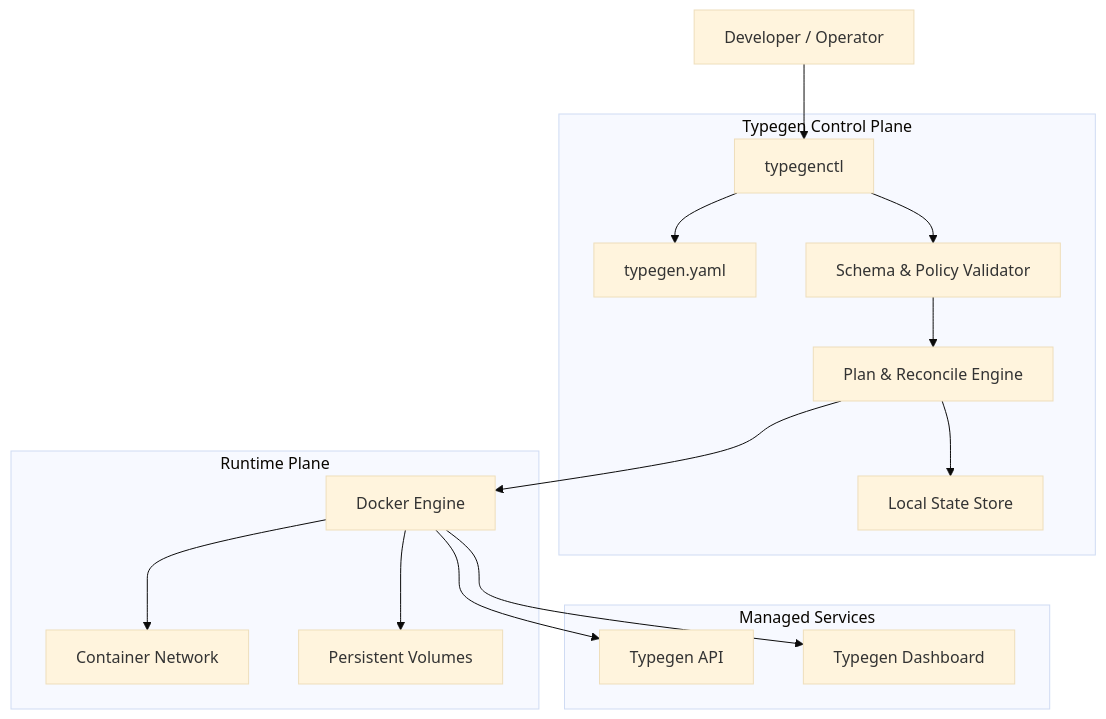
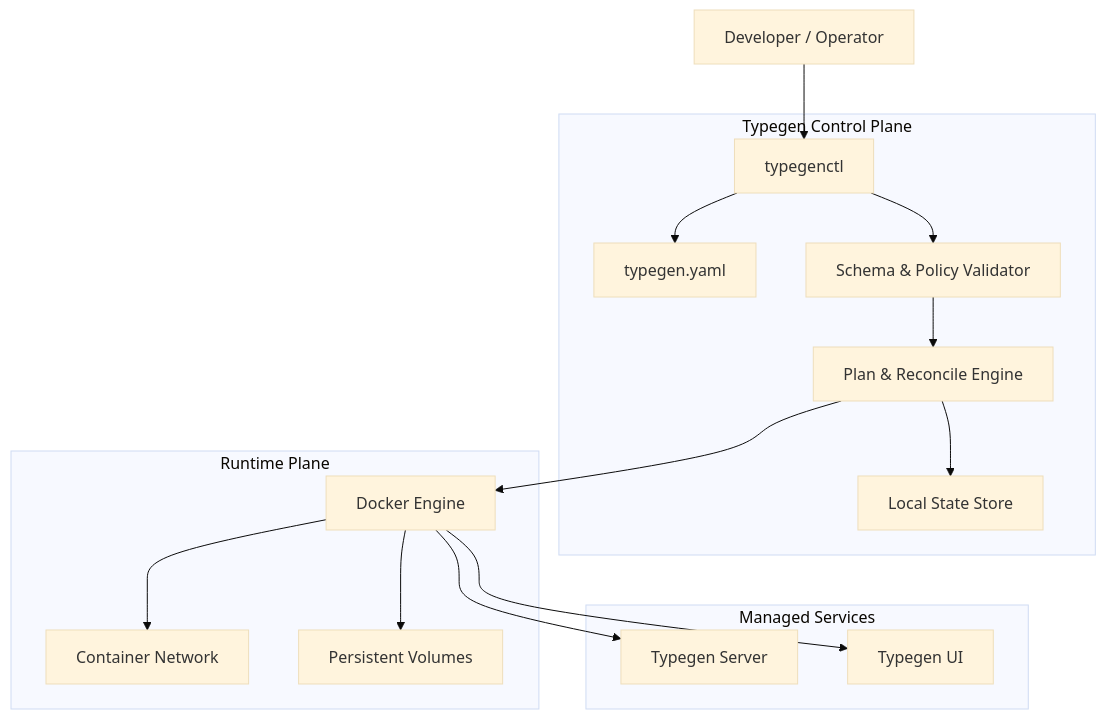
One commit to khanalsaroj/testing-repo changed the first of 2 diagrams in typegen-cli.md. Above: the diagram before and after it, drawn with Mermaid (base theme). The commit also changed other lines of this file and 1 other file, not shown here.

Commit message:
Standardize naming conventions for "Typegen" components in CLI documentation.

````diff
--- a/typegen-cli.md
+++ b/typegen-cli.md
@@ -68,38 +68,38 @@
 ```mermaid
  graph TB
 %% Actors
     User[Developer / Operator]
 %% Control Plane
     subgraph ControlPlane["Typegen Control Plane"]
         CLI[typegenctl]
         Config[typegen.yaml]
         Validator[Schema & Policy Validator]
         Planner[Plan & Reconcile Engine]
         State[Local State Store]
     end
 
 %% Runtime Plane
     subgraph RuntimePlane["Runtime Plane"]
         Docker[Docker Engine]
         Network[Container Network]
         Volumes[Persistent Volumes]
     end
 
 %% Managed Services
     subgraph Services["Managed Services"]
-        API[Typegen API]
-        Dashboard[Typegen Dashboard]
+        API[Typegen Server]
+        Dashboard[Typegen UI]
     end
 
     User --> CLI
     CLI --> Config
     CLI --> Validator
     Validator --> Planner
     Planner --> State
     Planner --> Docker
     Docker --> Network
     Docker --> Volumes
     Docker --> API
     Docker --> Dashboard
 
 ```
````
